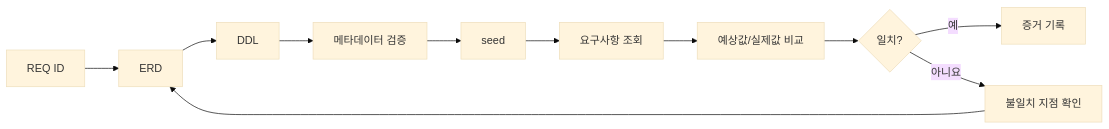
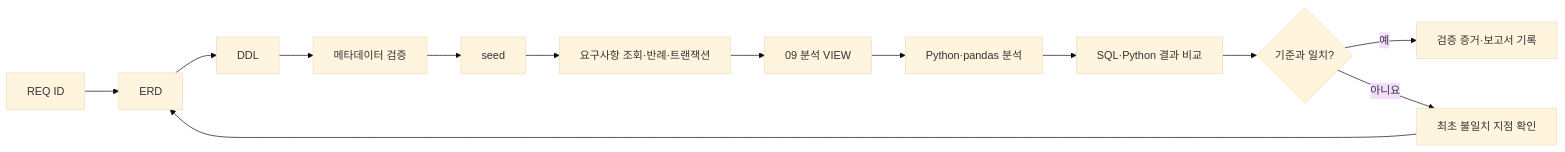
One commit to GilbertMoon/ai-database-book changed the diagram in images/chapter15/ch15_04_db_design_validation.mmd. Above: the diagram before and after it, drawn with Mermaid (base theme).

Commit message:
Extend Chapter 15 validation flow through Python analysis

```diff
--- a/images/chapter15/ch15_04_db_design_validation.mmd
+++ b/images/chapter15/ch15_04_db_design_validation.mmd
@@ -1,11 +1,13 @@
 flowchart LR
-A[REQ ID] --> B[ERD]
-B --> C[DDL]
-C --> D[메타데이터 검증]
-D --> E[seed]
-E --> F[요구사항 조회]
-F --> G[예상값/실제값 비교]
-G --> H{일치?}
-H -->|예| I[증거 기록]
-H -->|아니요| J[불일치 지점 확인]
-J --> B
+    A[REQ ID] --> B[ERD]
+    B --> C[DDL]
+    C --> D[메타데이터 검증]
+    D --> E[seed]
+    E --> F[요구사항 조회·반례·트랜잭션]
+    F --> G[09 분석 VIEW]
+    G --> H[Python·pandas 분석]
+    H --> I[SQL·Python 결과 비교]
+    I --> J{기준과 일치?}
+    J -->|예| K[검증 증거·보고서 기록]
+    J -->|아니요| L[최초 불일치 지점 확인]
+    L --> B
```
